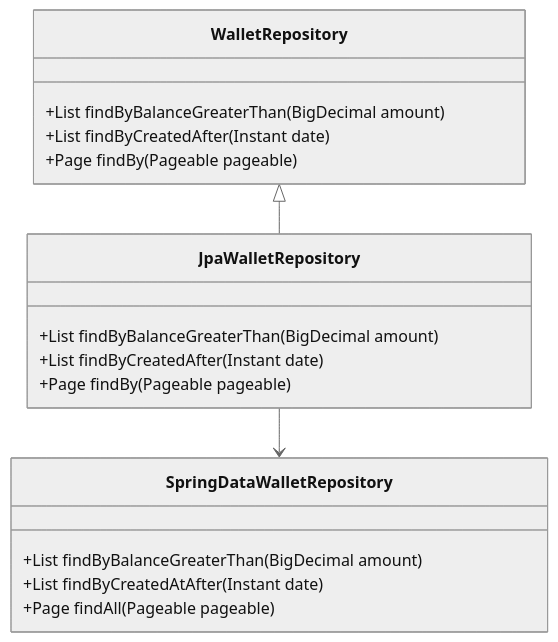
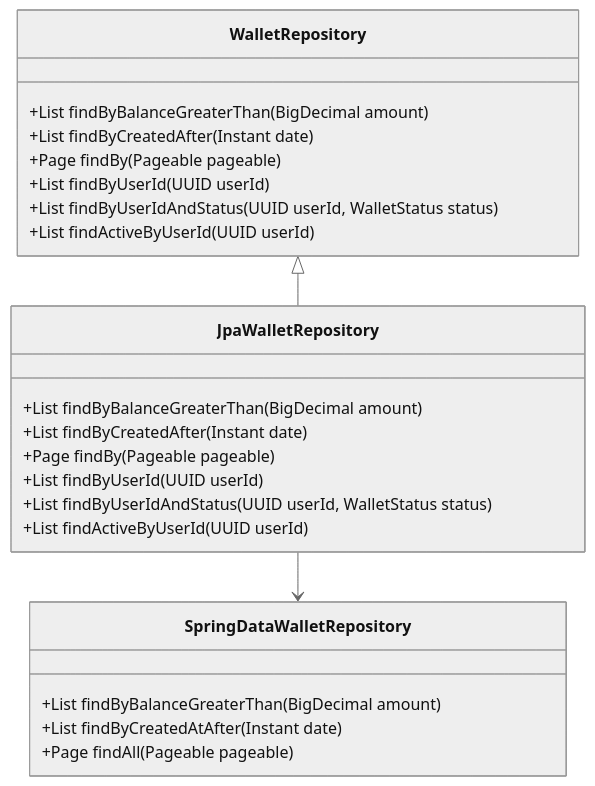
The tenth of 10 diagrams in .qoder/repowiki/en/content/Persistence Layer/Repository Pattern Implementation.md (italoag/wallet), drawn with Mermaid (neutral theme) before and after one commit. The commit also changed other lines of this file and 11 other files, not shown here.

````diff
--- a/.qoder/repowiki/en/content/Persistence Layer/Repository Pattern Implementation.md
+++ b/.qoder/repowiki/en/content/Persistence Layer/Repository Pattern Implementation.md
@@ -283,20 +297,26 @@
 ```mermaid
 classDiagram
 class WalletRepository {
 +List<Wallet> findByBalanceGreaterThan(BigDecimal amount)
 +List<Wallet> findByCreatedAfter(Instant date)
 +Page<Wallet> findBy(Pageable pageable)
++List<Wallet> findByUserId(UUID userId)
++List<Wallet> findByUserIdAndStatus(UUID userId, WalletStatus status)
++List<Wallet> findActiveByUserId(UUID userId)
 }
 class SpringDataWalletRepository {
 +List<WalletEntity> findByBalanceGreaterThan(BigDecimal amount)
 +List<WalletEntity> findByCreatedAtAfter(Instant date)
 +Page<WalletEntity> findAll(Pageable pageable)
 }
 class JpaWalletRepository {
 +List<Wallet> findByBalanceGreaterThan(BigDecimal amount)
 +List<Wallet> findByCreatedAfter(Instant date)
 +Page<Wallet> findBy(Pageable pageable)
++List<Wallet> findByUserId(UUID userId)
++List<Wallet> findByUserIdAndStatus(UUID userId, WalletStatus status)
++List<Wallet> findActiveByUserId(UUID userId)
 }
 WalletRepository <|-- JpaWalletRepository
 JpaWalletRepository --> SpringDataWalletRepository
 ```
````
